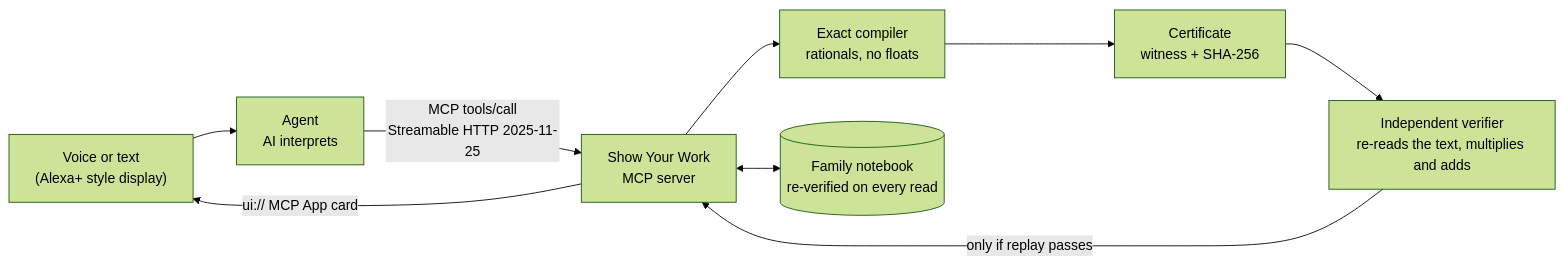
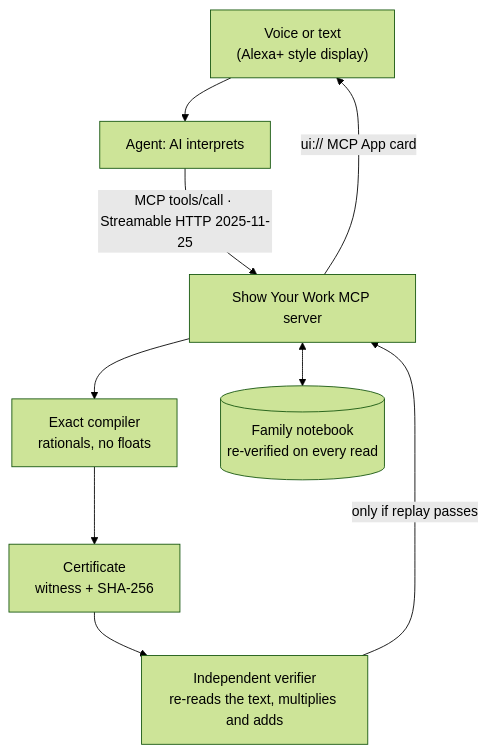
One commit to Akari-H-111/algebraic-constraint-compiler changed the diagram in README.md. Above: the diagram before and after it, drawn with Mermaid (forest theme). The commit also changed other lines of this file and 8 other files, not shown here.

Commit message:
Show Your Work 0.3.4: repository landing page: banner, badges, architecture image

````diff
--- a/README.md
+++ b/README.md
@@ -61,11 +82,11 @@
 ```mermaid
-flowchart LR
-  V["Voice or text<br/>(Alexa+ style display)"] --> A["Agent<br/>AI interprets"]
-  A -- "MCP tools/call<br/>Streamable HTTP 2025-11-25" --> S["Show Your Work<br/>MCP server"]
+flowchart TB
+  V["Voice or text<br/>(Alexa+ style display)"] --> A["Agent: AI interprets"]
+  A -- "MCP tools/call · Streamable HTTP 2025-11-25" --> S["Show Your Work MCP server"]
   S --> C["Exact compiler<br/>rationals, no floats"]
   C --> K["Certificate<br/>witness + SHA-256"]
   K --> R["Independent verifier<br/>re-reads the text, multiplies and adds"]
   R -- "only if replay passes" --> S
   S -- "ui:// MCP App card" --> V
   S <--> N[("Family notebook<br/>re-verified on every read")]
 ```
````
